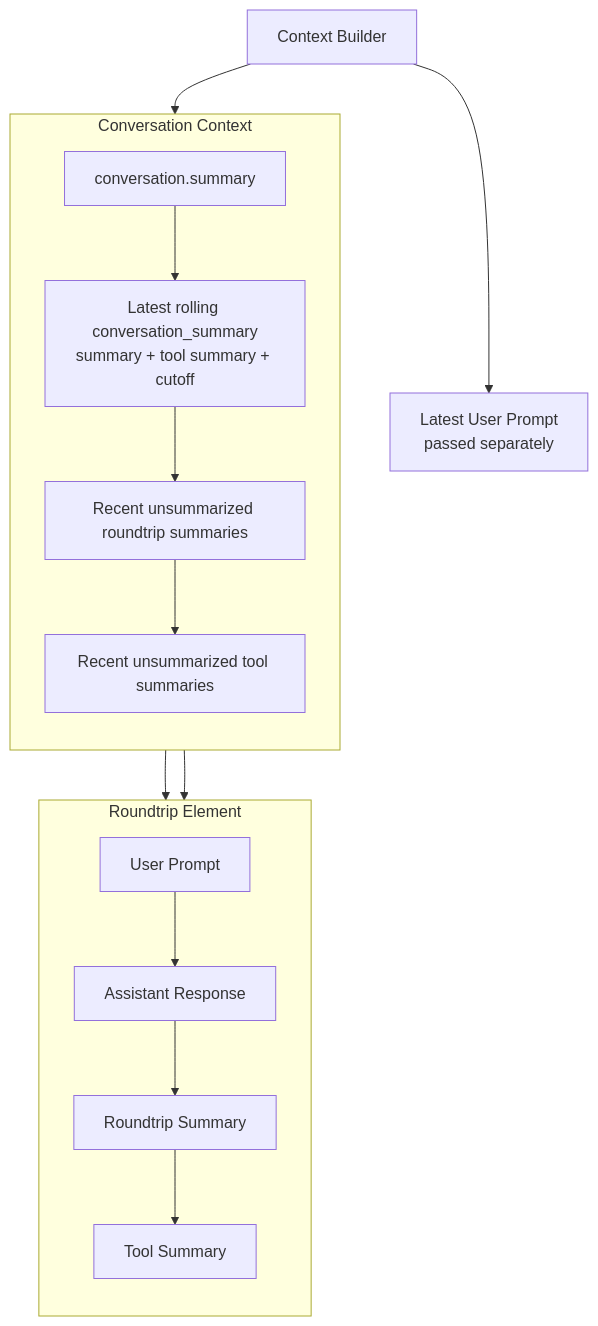
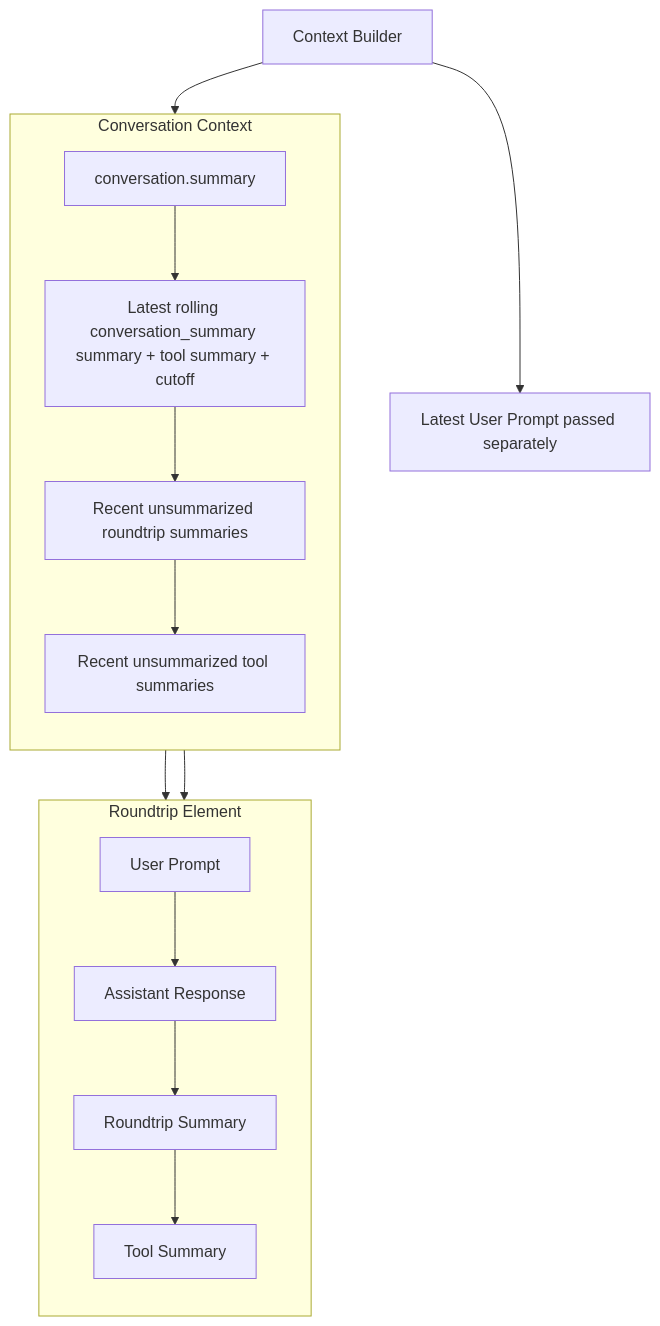
One commit to mikeshutov/llm_poc changed the second of 3 diagrams in README.md. Above: the diagram before and after it, drawn with Mermaid.

````diff
--- a/README.md
+++ b/README.md
@@ -57,28 +57,26 @@
 ```mermaid
 flowchart TD
     A[Context Builder] --> B
     subgraph B[Conversation Context]
         direction TB
         M1["conversation.summary"]
-        M2["Latest rolling conversation_summary
-summary + tool summary + cutoff"]
+        M2["Latest rolling conversation_summary summary + tool summary + cutoff"]
         M3["Recent unsummarized roundtrip summaries"]
         M4["Recent unsummarized tool summaries"]
         M1 --> M2 --> M3 --> M4
     end
 
-    A --> D[Latest User Prompt
-passed separately]
+    A --> D[Latest User Prompt passed separately]
 
     subgraph C[Roundtrip Element]
         direction TB
         N1["User Prompt"]
         N2["Assistant Response"]
         N3["Roundtrip Summary"]
         N4["Tool Summary"]
         N1 --> N2 --> N3 --> N4
     end
 
     M3 --> C
     M4 --> C
 ```
````
